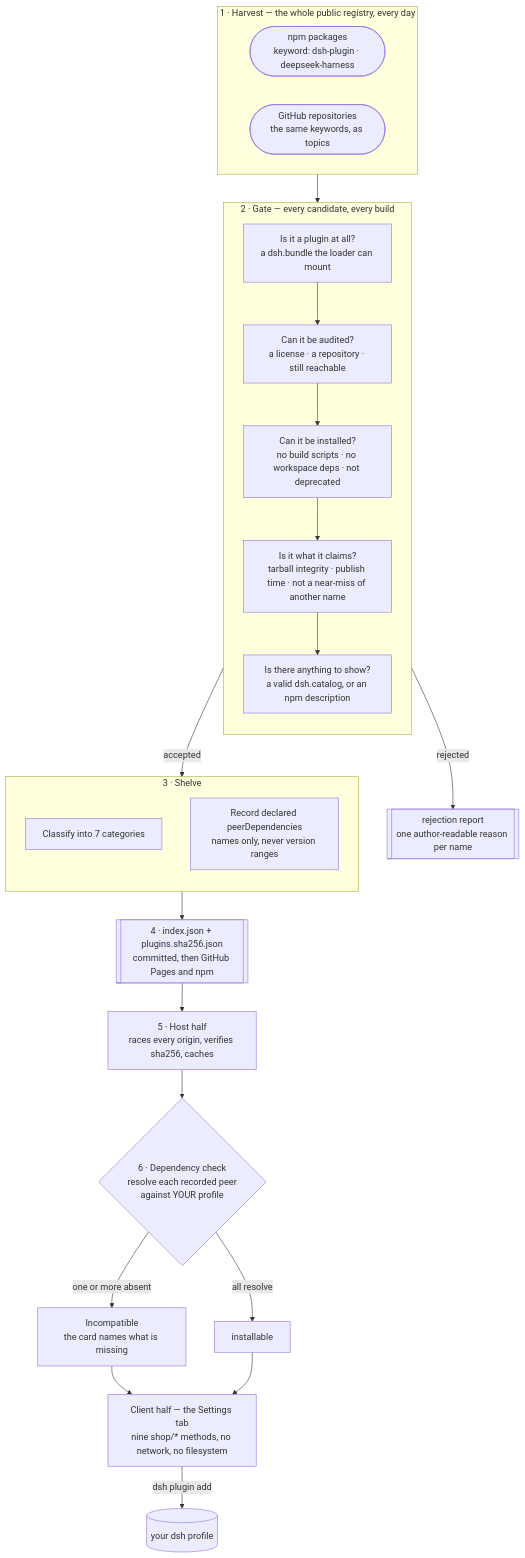
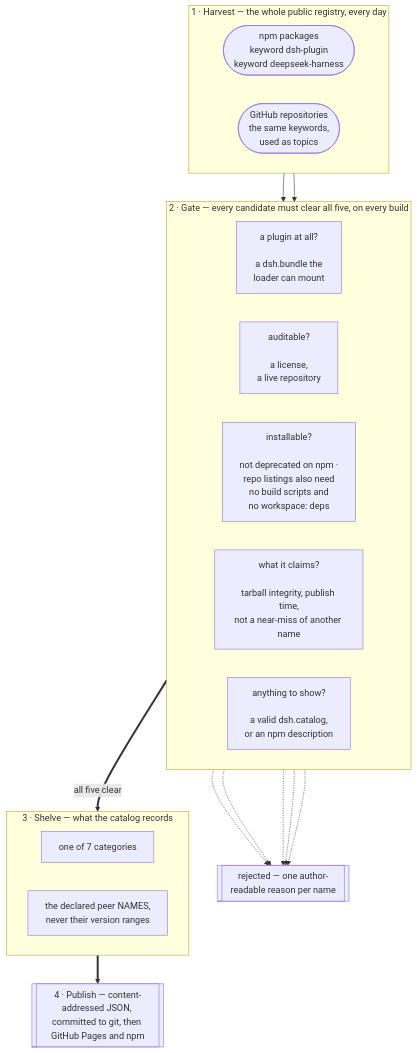
The first of 2 diagrams in README.md (LivXue/dsh-plugin-shop), drawn with Mermaid before and after one commit. The commit also changed other lines of this file and 3 other files, not shown here.

````diff
--- a/README.md
+++ b/README.md
@@ -50,36 +52,34 @@
 ```mermaid
 flowchart TB
   subgraph HARVEST["1 · Harvest — the whole public registry, every day"]
     direction LR
-    NPM(["npm packages<br/>keyword: dsh-plugin · deepseek-harness"])
-    GH(["GitHub repositories<br/>the same keywords, as topics"])
+    NPM(["npm packages<br/>keyword dsh-plugin<br/>keyword deepseek-harness"])
+    GH(["GitHub repositories<br/>the same keywords,<br/>used as topics"])
   end
 
-  subgraph GATE["2 · Gate — every candidate, every build"]
-    direction TB
-    G1["Is it a plugin at all?<br/>a dsh.bundle the loader can mount"]
-    G2["Can it be audited?<br/>a license · a repository · still reachable"]
-    G3["Can it be installed?<br/>no build scripts · no workspace deps · not deprecated"]
-    G4["Is it what it claims?<br/>tarball integrity · publish time · not a near-miss of another name"]
-    G5["Is there anything to show?<br/>a valid dsh.catalog, or an npm description"]
-    G1 --> G2 --> G3 --> G4 --> G5
+  subgraph GATE["2 · Gate — every candidate must clear all five, on every build"]
+    direction LR
+    G1["a plugin at all?<br/><br/>a dsh.bundle the<br/>loader can mount"]
+    G2["auditable?<br/><br/>a license,<br/>a live repository"]
+    G3["installable?<br/><br/>not deprecated on npm ·<br/>repo listings also need<br/>no build scripts and<br/>no workspace: deps"]
+    G4["what it claims?<br/><br/>tarball integrity, publish time,<br/>not a near-miss of another name"]
+    G5["anything to show?<br/><br/>a valid dsh.catalog,<br/>or an npm description"]
   end
 
-  subgraph SHELVE["3 · Shelve"]
-    direction TB
-    CAT["Classify into 7 categories"]
-    PEER["Record declared peerDependencies<br/>names only, never version ranges"]
+  subgraph SHELVE["3 · Shelve — what the catalog records"]
+    direction LR
+    CAT["one of 7 categories"]
+    PEER["the declared peer NAMES,<br/>never their version ranges"]
   end
 
-  HARVEST --> GATE
-  GATE -->|"rejected"| REJ[["rejection report<br/>one author-readable reason per name"]]
-  GATE -->|"accepted"| SHELVE
-  SHELVE --> PUB[["4 · index.json + plugins.sha256.json<br/>committed, then GitHub Pages and npm"]]
-  PUB --> HOST["5 · Host half<br/>races every origin, verifies sha256, caches"]
-  HOST --> DEP{"6 · Dependency check<br/>resolve each recorded peer<br/>against YOUR profile"}
-  DEP -->|"one or more absent"| BAD["Incompatible<br/>the card names what is missing"]
-  DEP -->|"all resolve"| GOOD["installable"]
-  BAD --> CLIENT["Client half — the Settings tab<br/>nine shop/* methods, no network, no filesystem"]
-  GOOD --> CLIENT
-  CLIENT -->|"dsh plugin add"| PROF[("your dsh profile")]
+  NPM --> G1
+  GH --> G1
+  G1 -.-> REJ
+  G2 -.-> REJ
+  G3 -.-> REJ
+  G4 -.-> REJ
+  G5 -.-> REJ
+  REJ[["rejected — one author-readable reason per name"]]
+  G5 ==>|"all five clear"| CAT
+  PEER ==> PUB[["4 · Publish — content-addressed JSON, committed to git, then GitHub Pages and npm"]]
 ```
````
